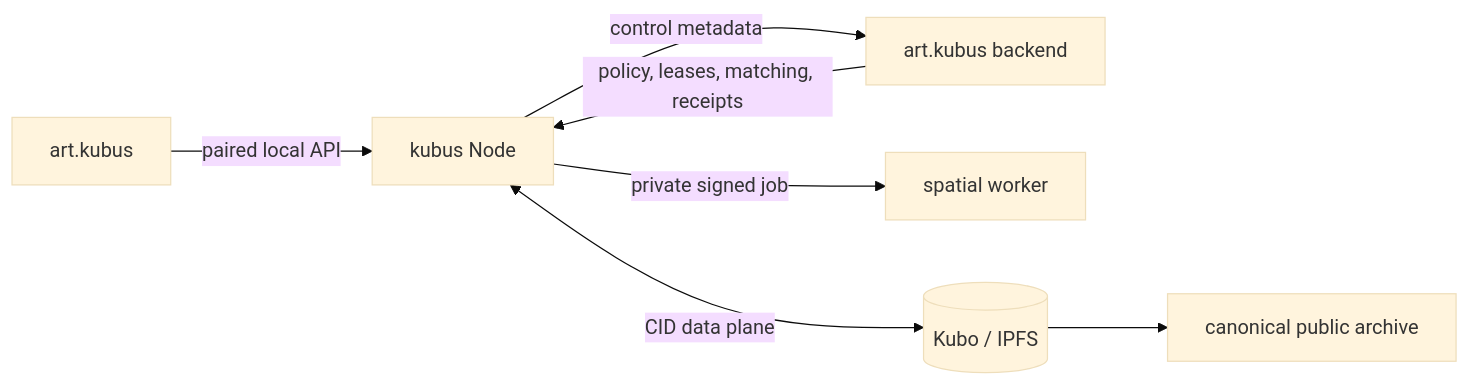
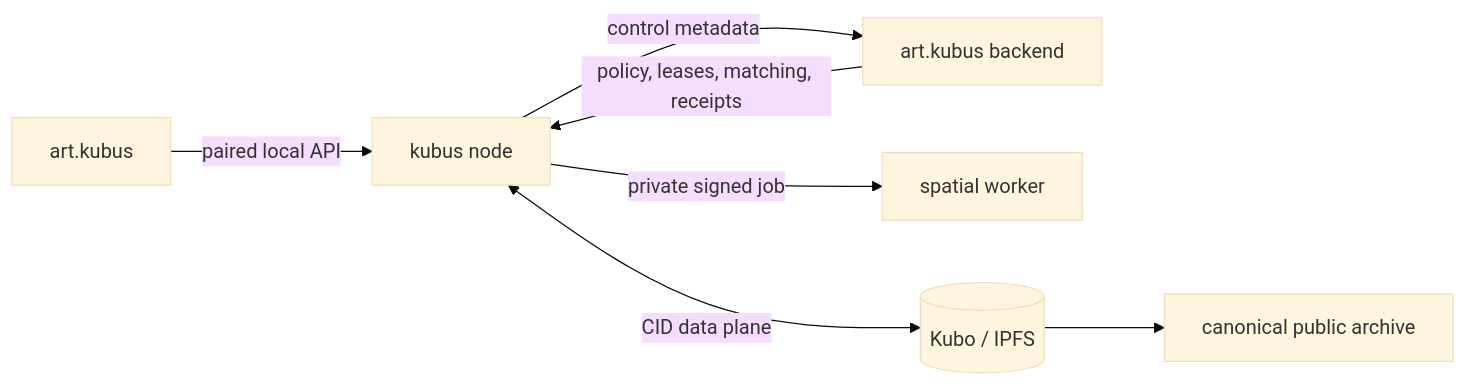
The diagram in docs/architecture.md (kubus-project/kubus-node), drawn with Mermaid (base theme) before and after one commit. The commit also changed other lines of this file and 10 other files, not shown here.

First line of the commit message:
docs: distinguish the kubus-node runtime from the node website

````diff
--- a/docs/architecture.md
+++ b/docs/architecture.md
@@ -5,9 +5,9 @@
 ```mermaid
 flowchart LR
-  A[art.kubus] -->|paired local API| N[kubus Node]
+  A[art.kubus] -->|paired local API| N[kubus node]
   N -->|control metadata| B[art.kubus backend]
   N -->|private signed job| W[spatial worker]
   N <-->|CID data plane| I[(Kubo / IPFS)]
   B -->|policy, leases, matching, receipts| N
   I --> P[canonical public archive]
 ```
````
